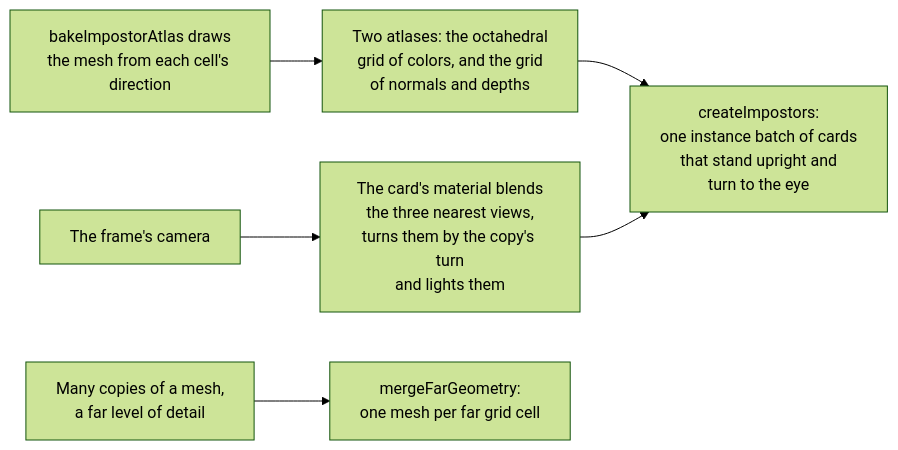
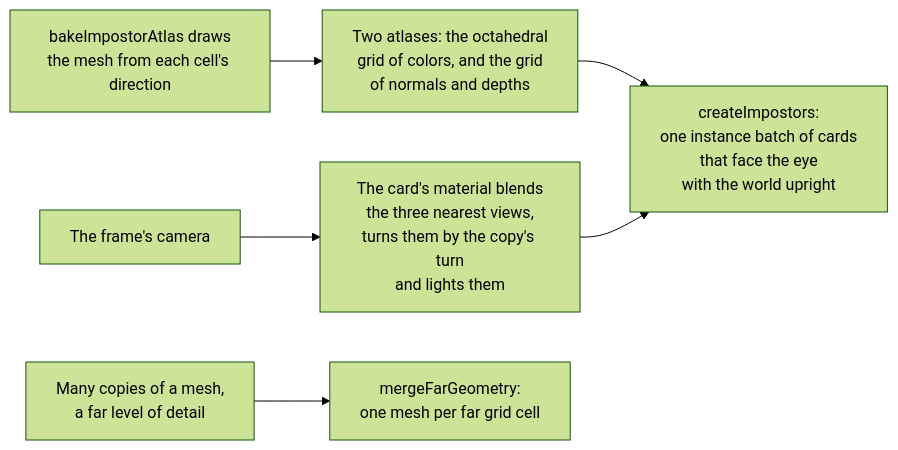
The diagram in docs/api/impostors.md (null3d-engine/null3d), drawn with Mermaid (forest theme) before and after one commit. The commit also changed other lines of this file and 35 other files, not shown here.

````diff
--- a/docs/api/impostors.md
+++ b/docs/api/impostors.md
@@ -15,8 +15,8 @@
 ```mermaid
 flowchart LR
     views["bakeImpostorAtlas draws<br/>the mesh from each cell's direction"] --> atlas["Two atlases: the octahedral<br/>grid of colors, and the grid<br/>of normals and depths"]
-    atlas --> cards["createImpostors:<br/>one instance batch of cards<br/>that stand upright and<br/>turn to the eye"]
+    atlas --> cards["createImpostors:<br/>one instance batch of cards<br/>that face the eye<br/>with the world upright"]
     eye["The frame's camera"] --> blend["The card's material blends<br/>the three nearest views,<br/>turns them by the copy's turn<br/>and lights them"]
     blend --> cards
     copies["Many copies of a mesh,<br/>a far level of detail"] --> merge["mergeFarGeometry:<br/>one mesh per far grid cell"]
 ```
````
